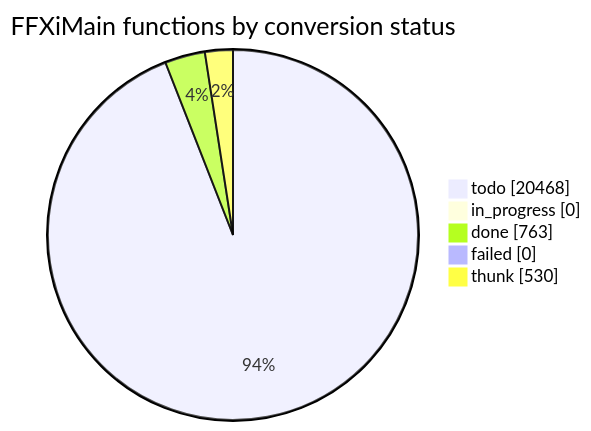
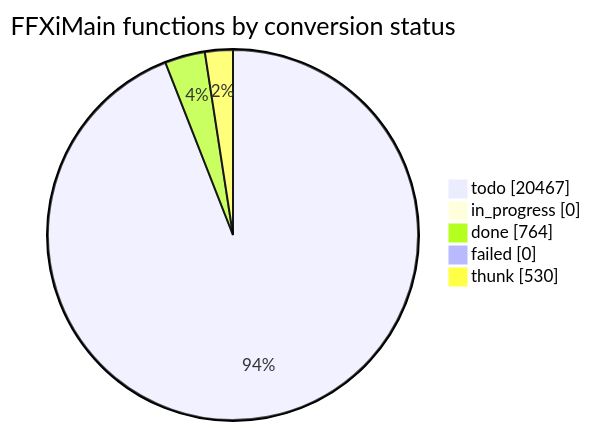
Before and after one commit to cowrevenge/cow_kuluu_xi_anything: the diagram in docs/cow/STATUS.md, drawn with Mermaid. The commit also changed other lines of this file and 9 other files, not shown here.

````diff
--- a/docs/cow/STATUS.md
+++ b/docs/cow/STATUS.md
@@ -18,9 +18,9 @@
 ```mermaid
 pie showData
     title FFXiMain functions by conversion status
-    "todo" : 20468
+    "todo" : 20467
     "in_progress" : 0
-    "done" : 763
+    "done" : 764
     "failed" : 0
     "thunk" : 530
 ```
````
